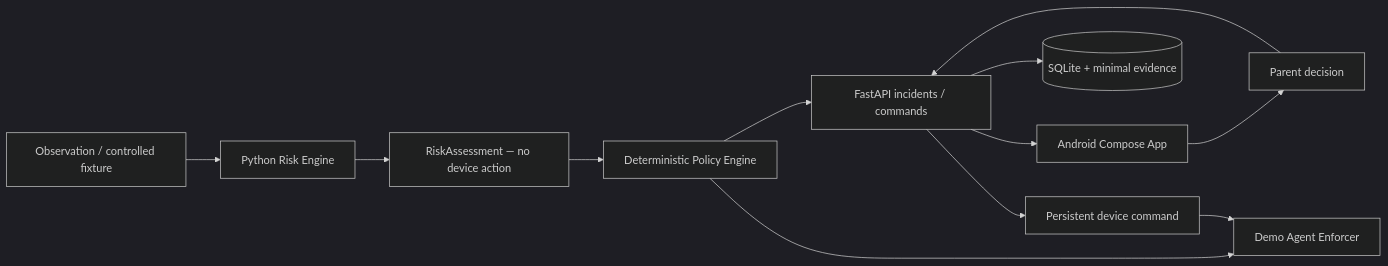
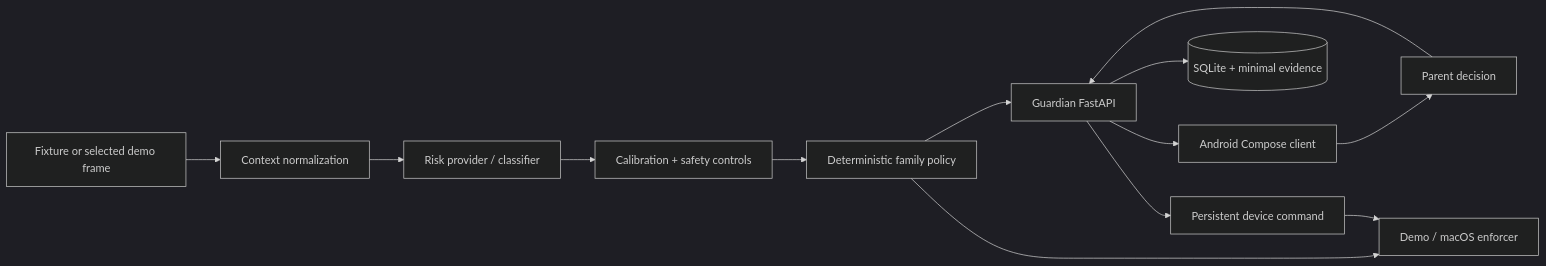
One commit to luqhe/Hackaton-OpenAI-2026 changed the diagram in README.md. Above: the diagram before and after it, drawn with Mermaid (dark theme). The commit also changed other lines of this file, not shown here.

````diff
--- a/README.md
+++ b/README.md
@@ -69,16 +19,17 @@
 ```mermaid
 flowchart LR
-    O["Observation / controlled fixture"] --> R["Python Risk Engine"]
-    R --> A["RiskAssessment — no device action"]
-    A --> P["Deterministic Policy Engine"]
-    P --> I["FastAPI incidents / commands"]
-    P --> E["Demo Agent Enforcer"]
+    INPUT["Fixture or selected demo frame"] --> CONTEXT["Context normalization"]
+    CONTEXT --> RISK["Risk provider / classifier"]
+    RISK --> CAL["Calibration + safety controls"]
+    CAL --> POLICY["Deterministic family policy"]
+    POLICY --> API["Guardian FastAPI"]
+    POLICY --> AGENT["Demo / macOS enforcer"]
 
-    I --> M["Android Compose App"]
-    M --> PD["Parent decision"]
-    PD --> I
+    API --> ANDROID["Android Compose client"]
+    ANDROID --> DECISION["Parent decision"]
+    DECISION --> API
 
-    I --> S[("SQLite + minimal evidence")]
-    I --> C["Persistent device command"]
-    C --> E
+    API --> DB[("SQLite + minimal evidence")]
+    API --> COMMAND["Persistent device command"]
+    COMMAND --> AGENT
 ```
````
